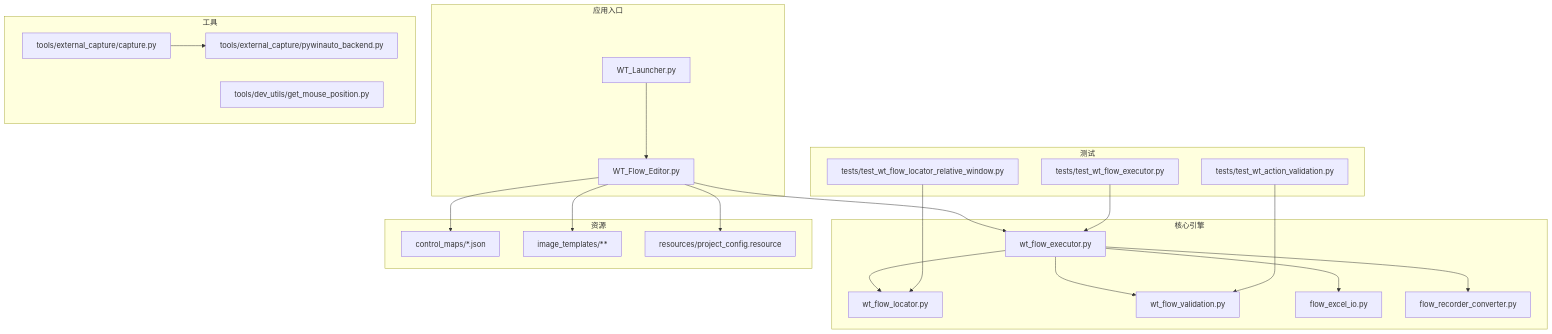
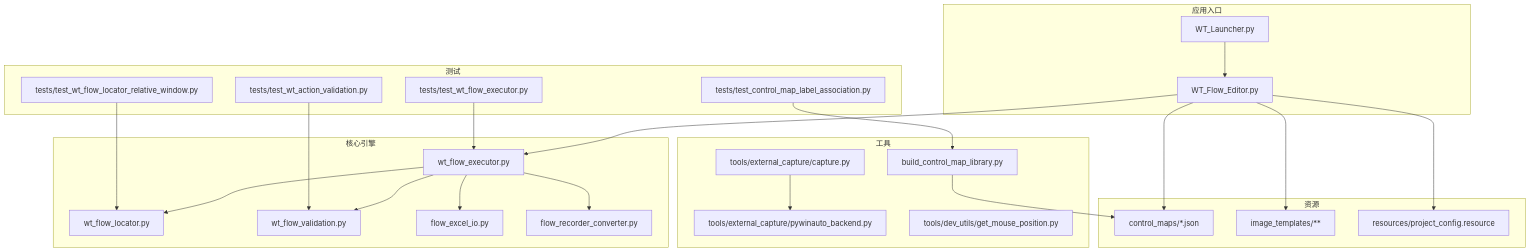
One commit to hanago33/WT_Automation changed the first of 6 diagrams in .qoder/repowiki/zh/content/开发指南/开发指南.md. Above: the diagram before and after it, drawn with Mermaid. The commit also changed other lines of this file and 247 other files, not shown here.

````diff
--- a/.qoder/repowiki/zh/content/开发指南/开发指南.md
+++ b/.qoder/repowiki/zh/content/开发指南/开发指南.md
@@ -53,42 +72,46 @@
 ```mermaid
 graph TB
 subgraph "应用入口"
 Launcher["WT_Launcher.py"]
 Editor["WT_Flow_Editor.py"]
 end
 subgraph "核心引擎"
 Executor["wt_flow_executor.py"]
 Locator["wt_flow_locator.py"]
 Validator["wt_flow_validation.py"]
 ExcelIO["flow_excel_io.py"]
 RecorderConv["flow_recorder_converter.py"]
 end
 subgraph "测试"
 TExec["tests/test_wt_flow_executor.py"]
 TLoc["tests/test_wt_flow_locator_relative_window.py"]
 TVld["tests/test_wt_action_validation.py"]
+TCMap["tests/test_control_map_label_association.py"]
 end
 subgraph "工具"
 Capture["tools/external_capture/capture.py"]
 PyWin["tools/external_capture/pywinauto_backend.py"]
 MousePos["tools/dev_utils/get_mouse_position.py"]
+BuildLib["build_control_map_library.py"]
 end
 subgraph "资源"
 CMap["control_maps/*.json"]
 ImgTpl["image_templates/**"]
 ResCfg["resources/project_config.resource"]
 end
 Launcher --> Editor
 Editor --> Executor
 Executor --> Locator
 Executor --> Validator
 Executor --> ExcelIO
 Executor --> RecorderConv
 Capture --> PyWin
 Editor --> CMap
 Editor --> ImgTpl
 Editor --> ResCfg
 TExec --> Executor
 TLoc --> Locator
 TVld --> Validator
+TCMap --> BuildLib
+BuildLib --> CMap
 ```
````
